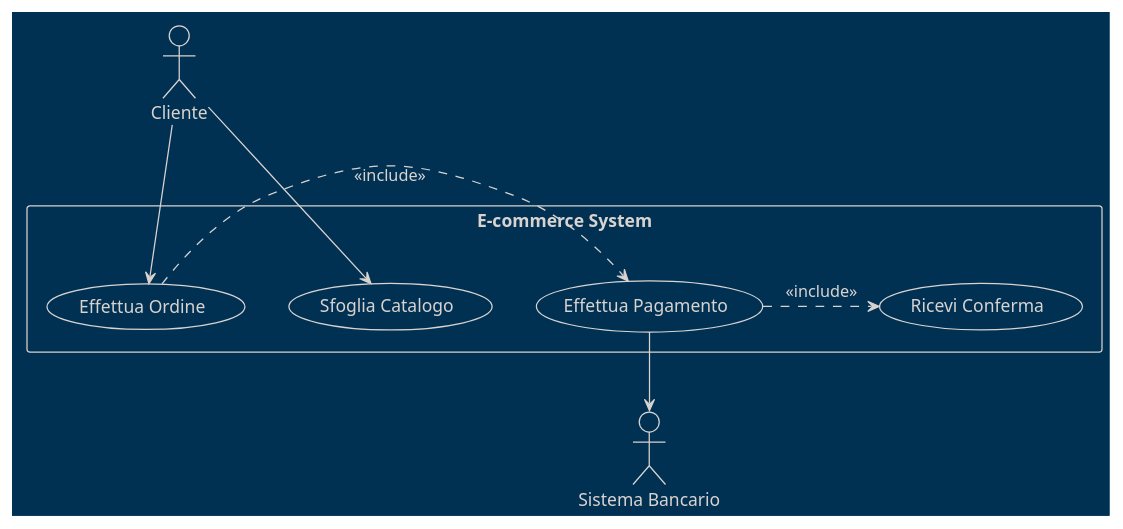
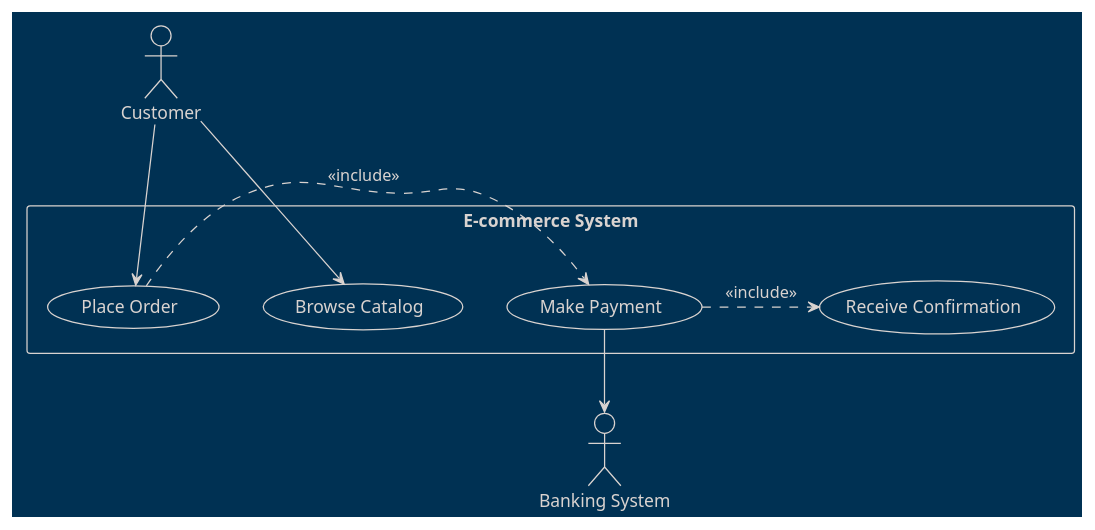
One commit to Seniorsimo/sas-template changed diagram 11 of 21 in 03-behavioral-diagrams/use-case-diagrams/README.md. Above: the diagram before and after it, drawn with PlantUML. The commit also changed other lines of this file and 49 other files, not shown here.

````diff
--- a/03-behavioral-diagrams/use-case-diagrams/README.md
+++ b/03-behavioral-diagrams/use-case-diagrams/README.md
@@ -112,21 +112,21 @@
 ```plantuml
 @startuml
 !theme blueprint
 
-actor "Cliente" as C
-actor "Sistema Bancario" as Bank
+actor "Customer" as C
+actor "Banking System" as Bank
 
 rectangle "E-commerce System" {
-  usecase "Sfoglia Catalogo" as UC1
-  usecase "Effettua Ordine" as UC2
-  usecase "Effettua Pagamento" as UC3
-  usecase "Ricevi Conferma" as UC4
+  usecase "Browse Catalog" as UC1
+  usecase "Place Order" as UC2
+  usecase "Make Payment" as UC3
+  usecase "Receive Confirmation" as UC4
 }
 
 C --> UC1
 C --> UC2
 UC2 .> UC3 : <<include>>
 UC3 --> Bank
 UC3 .> UC4 : <<include>>
 @enduml
 ```
````
